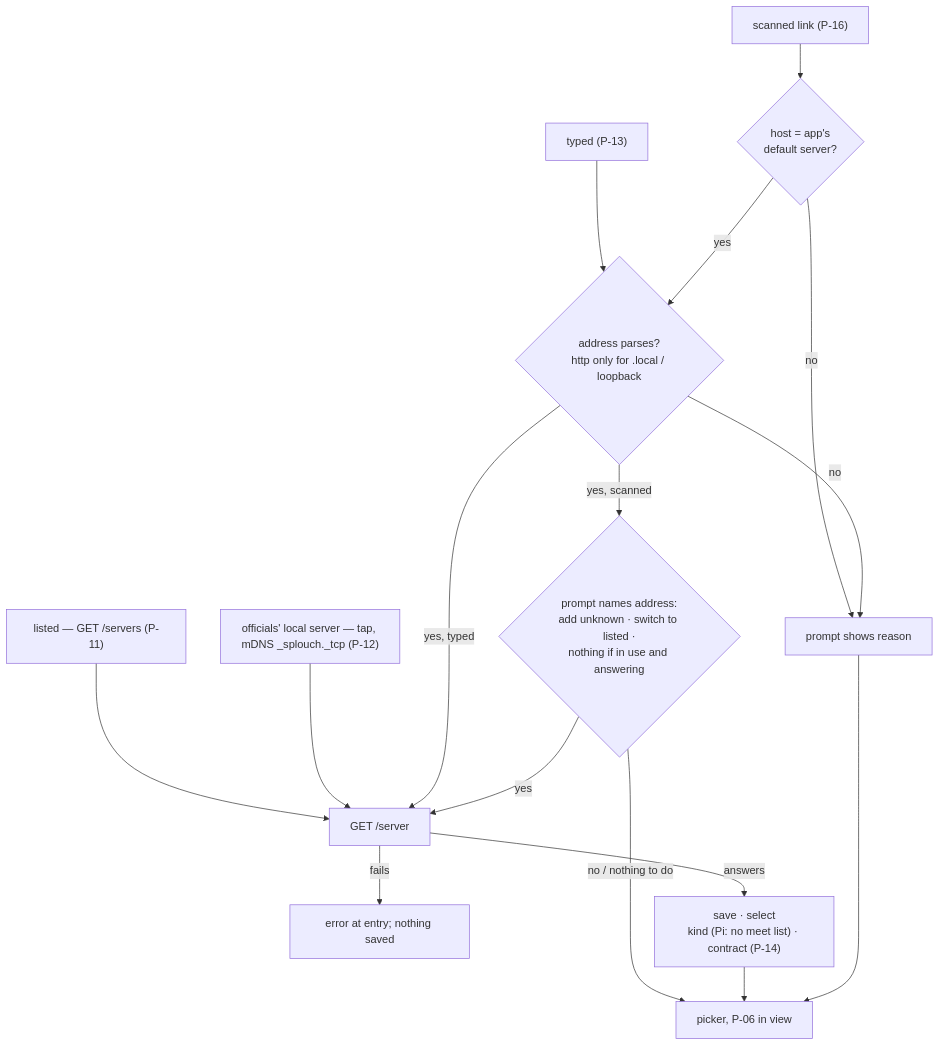
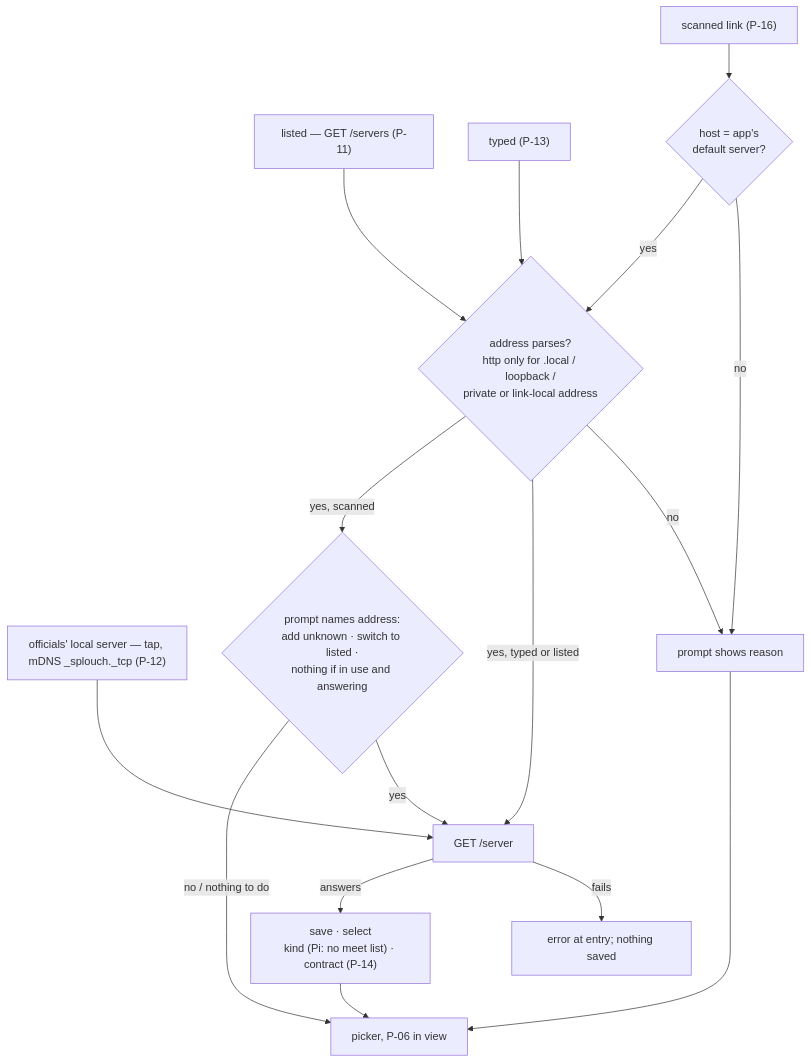
The first of 6 diagrams in docs/app.md (olivierouellet/Splouch), drawn with Mermaid before and after one commit. The commit also changed other lines of this file and 8 other files, not shown here.

Commit message:
[Links] P-12 cleartext floor: private and link-local ranges, every route in

````diff
--- a/docs/app.md
+++ b/docs/app.md
@@ -204,18 +206,18 @@
 ```mermaid
 flowchart TD
-  dir["listed — GET /servers (P-11)"] --> check
+  dir["listed — GET /servers (P-11)"] --> parse
   mdns["officials' local server — tap, mDNS _splouch._tcp (P-12)"] --> check
   typed["typed (P-13)"] --> parse
   qr["scanned link (P-16)"] --> host{"host = app's<br/>default server?"}
   host -- no --> reason["prompt shows reason"]
-  host -- yes --> parse{"address parses?<br/>http only for .local / loopback"}
+  host -- yes --> parse{"address parses?<br/>http only for .local / loopback /<br/>private or link-local address"}
   parse -- no --> reason
-  parse -- "yes, typed" --> check
+  parse -- "yes, typed or listed" --> check
   parse -- "yes, scanned" --> ask{"prompt names address:<br/>add unknown · switch to listed ·<br/>nothing if in use and answering"}
   ask -- yes --> check
   ask -- "no / nothing to do" --> picker
   check["GET /server"] -- fails --> err["error at entry; nothing saved"]
   check -- answers --> save["save · select<br/>kind (Pi: no meet list) · contract (P-14)"]
   save --> picker["picker, P-06 in view"]
   reason --> picker
 ```
````
